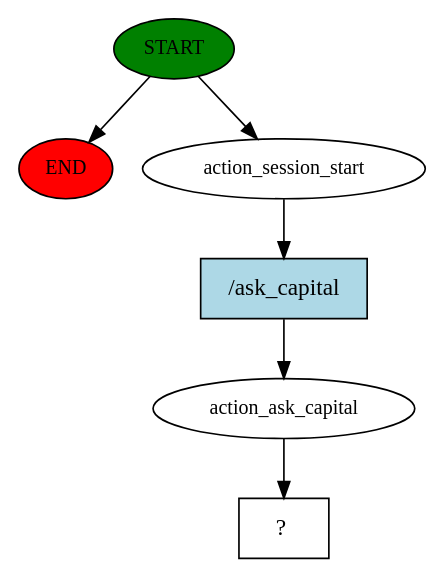
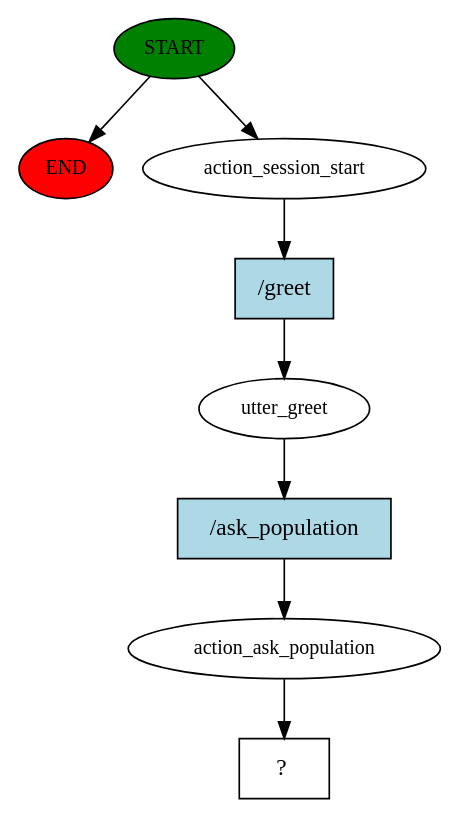
Before and after one commit to EsraaK-009/Chatbot: the diagram in story_graph.dot, drawn with Graphviz. The commit also changed 8 other files, not shown here.

```diff
--- a/story_graph.dot
+++ b/story_graph.dot
@@ -1,13 +1,17 @@
 digraph  {
 0 [class="start active", fillcolor=green, fontsize=12, label=START, style=filled];
 "-1" [class=end, fillcolor=red, fontsize=12, label=END, style=filled];
 1 [class=active, fontsize=12, label=action_session_start];
-2 [class=active, fontsize=12, label=action_ask_capital];
-3 [class="intent dashed active", label="  ?  ", shape=rect];
-4 [class="intent active", fillcolor=lightblue, label="/ask_capital", shape=rect, style=filled];
+2 [class=active, fontsize=12, label=utter_greet];
+3 [class=active, fontsize=12, label=action_ask_population];
+4 [class="intent dashed active", label="  ?  ", shape=rect];
+5 [class="intent active", fillcolor=lightblue, label="/greet", shape=rect, style=filled];
+6 [class="intent active", fillcolor=lightblue, label="/ask_population", shape=rect, style=filled];
 0 -> "-1"  [class="", key=NONE, label=""];
 0 -> 1  [class=active, key=NONE, label=""];
-1 -> 4  [class=active, key=0];
-2 -> 3  [class=active, key=NONE, label=""];
-4 -> 2  [class=active, key=0];
+1 -> 5  [class=active, key=0];
+2 -> 6  [class=active, key=0];
+3 -> 4  [class=active, key=NONE, label=""];
+5 -> 2  [class=active, key=0];
+6 -> 3  [class=active, key=0];
 }
```
